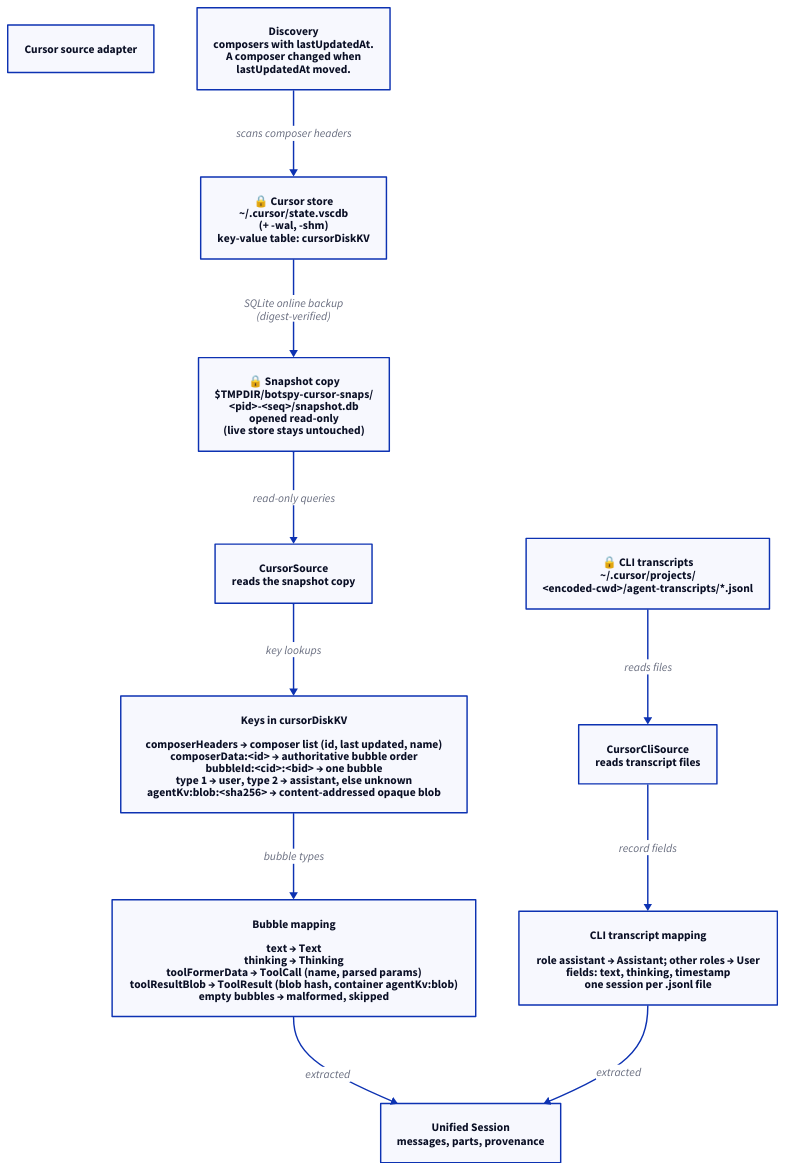
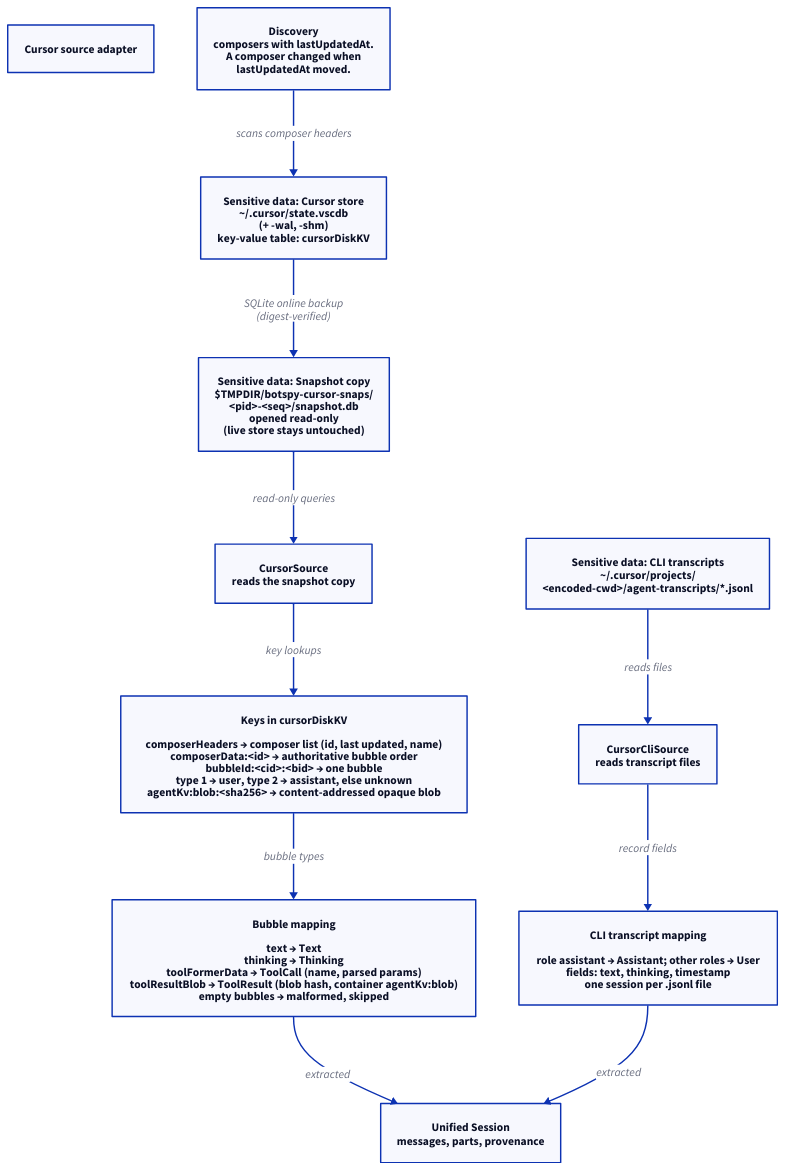
Before and after one commit to AnthusAI/BotSpy: the diagram in docs/diagrams/cursor.d2, drawn with D2. The commit also changed 61 other files, not shown here.

First line of the commit message:
docs(diagrams): drop legends and lock icons; explicit sensitive-data labels; store in C4 context (#18)

```diff
--- a/docs/diagrams/cursor.d2
+++ b/docs/diagrams/cursor.d2
@@ -1,61 +1,61 @@
 title: Cursor source adapter
 
 store: {
-  label: "🔒 Cursor store\n~/.cursor/state.vscdb\n(+ -wal, -shm)\nkey-value table: cursorDiskKV"
+  label: "Sensitive data: Cursor store\n~/.cursor/state.vscdb\n(+ -wal, -shm)\nkey-value table: cursorDiskKV"
   class: sensitive
 }
 
 snap: {
-  label: "🔒 Snapshot copy\n\$TMPDIR/botspy-cursor-snaps/\n<pid>-<seq>/snapshot.db\nopened read-only\n(live store stays untouched)"
+  label: "Sensitive data: Snapshot copy\n\$TMPDIR/botspy-cursor-snaps/\n<pid>-<seq>/snapshot.db\nopened read-only\n(live store stays untouched)"
   class: sensitive
 }
 
 cli_dir: {
-  label: "🔒 CLI transcripts\n~/.cursor/projects/\n<encoded-cwd>/agent-transcripts/*.jsonl"
+  label: "Sensitive data: CLI transcripts\n~/.cursor/projects/\n<encoded-cwd>/agent-transcripts/*.jsonl"
   class: sensitive
 }
 
 keys: {
   label: "Keys in cursorDiskKV\n\ncomposerHeaders        → composer list (id, last updated, name)\ncomposerData:<id>      → authoritative bubble order\nbubbleId:<cid>:<bid>   → one bubble\ntype 1 → user, type 2 → assistant, else unknown\nagentKv:blob:<sha256>  → content-addressed opaque blob"
   class: tool
 }
 
 bubbles: {
   label: "Bubble mapping\n\ntext            → Text\nthinking        → Thinking\ntoolFormerData  → ToolCall (name, parsed params)\ntoolResultBlob  → ToolResult (blob hash, container agentKv:blob)\nempty bubbles   → malformed, skipped"
   class: tool
 }
 
 cli_map: {
   label: "CLI transcript mapping\n\nrole assistant → Assistant; other roles → User\nfields: text, thinking, timestamp\none session per .jsonl file"
   class: tool
 }
 
 discovery: {
   label: "Discovery\ncomposers with lastUpdatedAt.\nA composer changed when\nlastUpdatedAt moved."
   class: tool
 }
 
 kv_source: {
   label: "CursorSource\nreads the snapshot copy"
   class: tool
 }
 
 cli_source: {
   label: "CursorCliSource\nreads transcript files"
   class: tool
 }
 
 session: {
   label: "Unified Session\nmessages, parts, provenance"
   class: tool
 }
 
 store -> snap: "SQLite online backup\n(digest-verified)"
 snap -> kv_source: "read-only queries"
 cli_dir -> cli_source: "reads files"
 kv_source -> keys: "key lookups"
 keys -> bubbles: "bubble types"
 bubbles -> session: "extracted"
 cli_source -> cli_map: "record fields"
 cli_map -> session: "extracted"
 discovery -> store: "scans composer headers"
```
